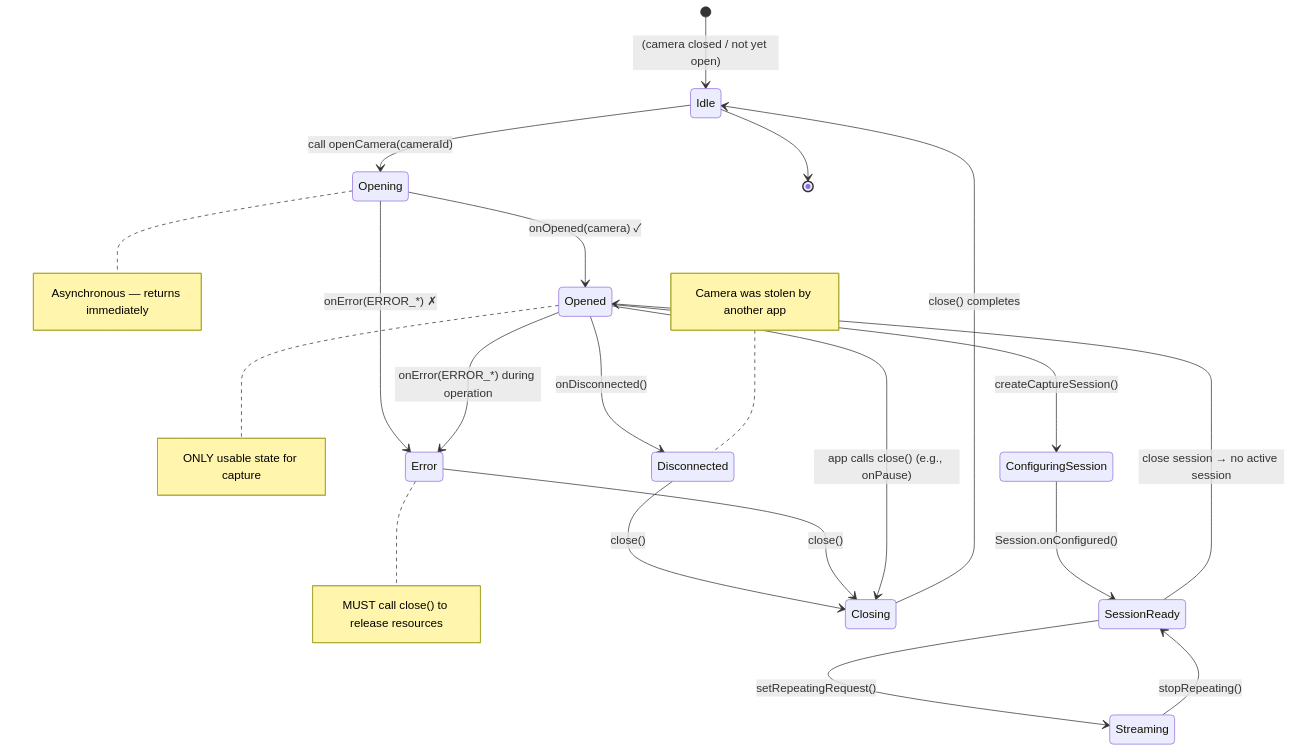
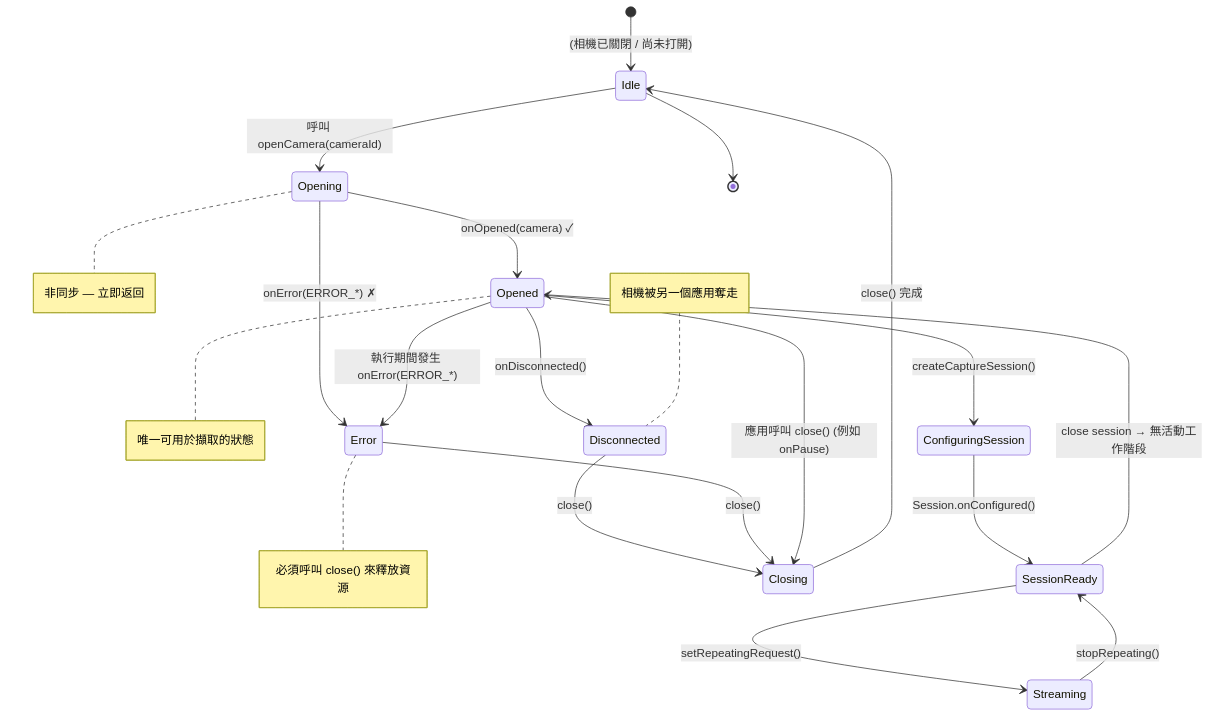
Before and after one commit to zoozooll/AndroidCameraParameters: the diagram in website/i18n/zh-Hant/docusaurus-plugin-content-docs/current/camera2/opening-a-camera.md, drawn with Mermaid. The commit also changed other lines of this file and 378 other files, not shown here.

````diff
--- a/website/i18n/zh-Hant/docusaurus-plugin-content-docs/current/camera2/opening-a-camera.md
+++ b/website/i18n/zh-Hant/docusaurus-plugin-content-docs/current/camera2/opening-a-camera.md
@@ -66,24 +66,24 @@
 ```mermaid
 stateDiagram-v2
-    [*] --> Idle : (camera closed / not yet open)
-    Idle --> Opening : call openCamera(cameraId)
+    [*] --> Idle : (相機已關閉 / 尚未打開)
+    Idle --> Opening : 呼叫 openCamera(cameraId)
     Opening --> Opened : onOpened(camera) ✓
     Opening --> Error : onError(ERROR_*) ✗
     Opened --> ConfiguringSession : createCaptureSession()
     ConfiguringSession --> SessionReady : Session.onConfigured()
     SessionReady --> Streaming : setRepeatingRequest()
     Streaming --> SessionReady : stopRepeating()
-    SessionReady --> Opened : close session → no active session
+    SessionReady --> Opened : close session → 無活動工作階段
     Opened --> Disconnected : onDisconnected()
-    Opened --> Error : onError(ERROR_*) during operation
+    Opened --> Error : 執行期間發生 onError(ERROR_*)
     Disconnected --> Closing : close()
     Error --> Closing : close()
-    Opened --> Closing : app calls close() (e.g., onPause)
-    Closing --> Idle : close() completes
+    Opened --> Closing : 應用呼叫 close() (例如 onPause)
+    Closing --> Idle : close() 完成
     Idle --> [*]
 
-    note right of Opening : Asynchronous — returns immediately
-    note right of Opened : ONLY usable state for capture
-    note right of Error : MUST call close() to release resources
-    note left of Disconnected : Camera was stolen by another app
+    note right of Opening : 非同步 — 立即返回
+    note right of Opened : 唯一可用於擷取的狀態
+    note right of Error : 必須呼叫 close() 來釋放資源
+    note left of Disconnected : 相機被另一個應用奪走
 ```
````
